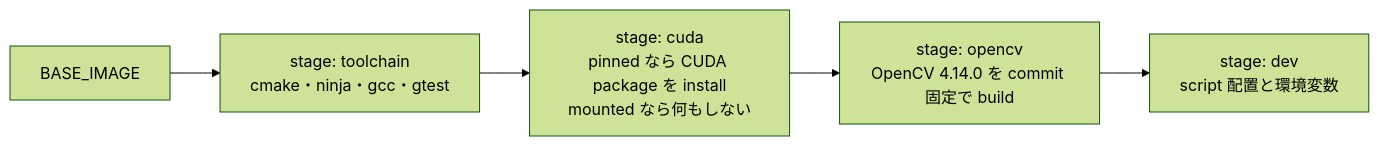
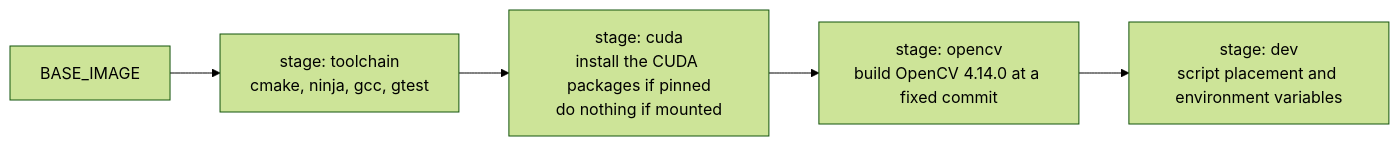
One commit to MasakazuTobeta/ArUco3-CUDA changed the second of 2 diagrams in docs/design/docker-environment.md. Above: the diagram before and after it, drawn with Mermaid (forest theme). The commit also changed other lines of this file and 187 other files, not shown here.

````diff
--- a/docs/design/docker-environment.md
+++ b/docs/design/docker-environment.md
@@ -157,7 +157,7 @@
 ```mermaid
 flowchart LR
-    B["BASE_IMAGE"] --> S1["stage: toolchain<br/>cmake・ninja・gcc・gtest"]
-    S1 --> S2["stage: cuda<br/>pinned なら CUDA package を install<br/>mounted なら何もしない"]
-    S2 --> S3["stage: opencv<br/>OpenCV 4.14.0 を commit 固定で build"]
-    S3 --> S4["stage: dev<br/>script 配置と環境変数"]
+    B["BASE_IMAGE"] --> S1["stage: toolchain<br/>cmake, ninja, gcc, gtest"]
+    S1 --> S2["stage: cuda<br/>install the CUDA packages if pinned<br/>do nothing if mounted"]
+    S2 --> S3["stage: opencv<br/>build OpenCV 4.14.0 at a fixed commit"]
+    S3 --> S4["stage: dev<br/>script placement and environment variables"]
 ```
````
